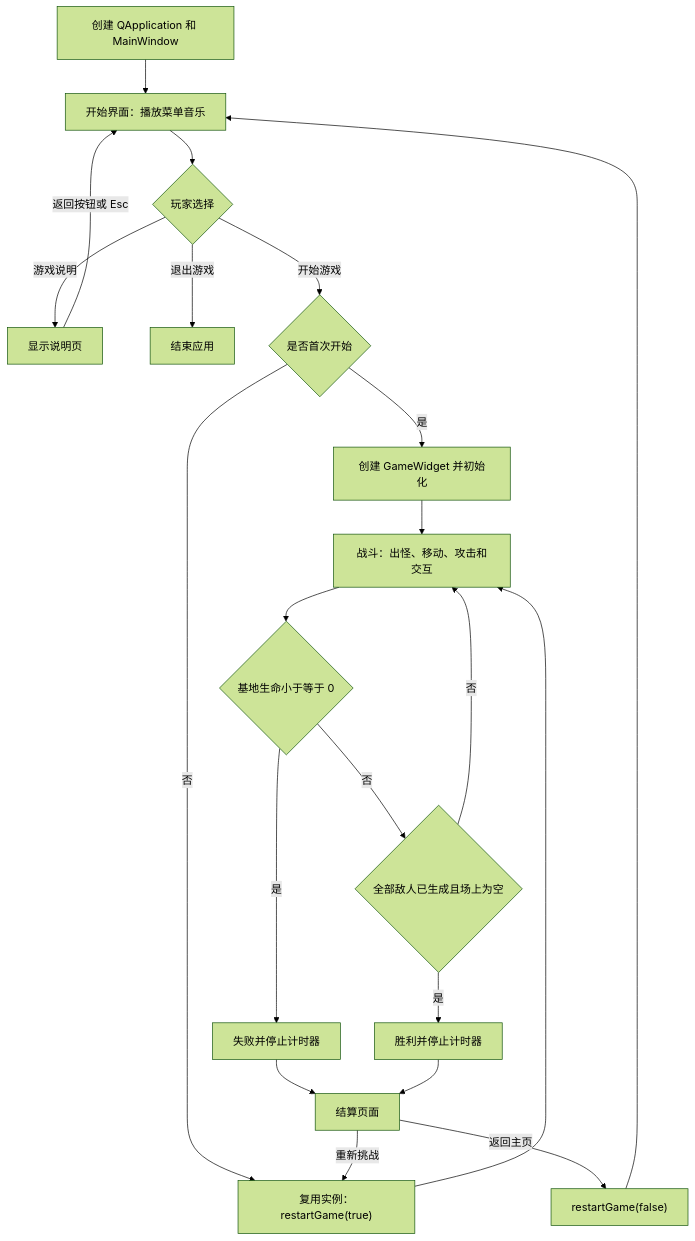
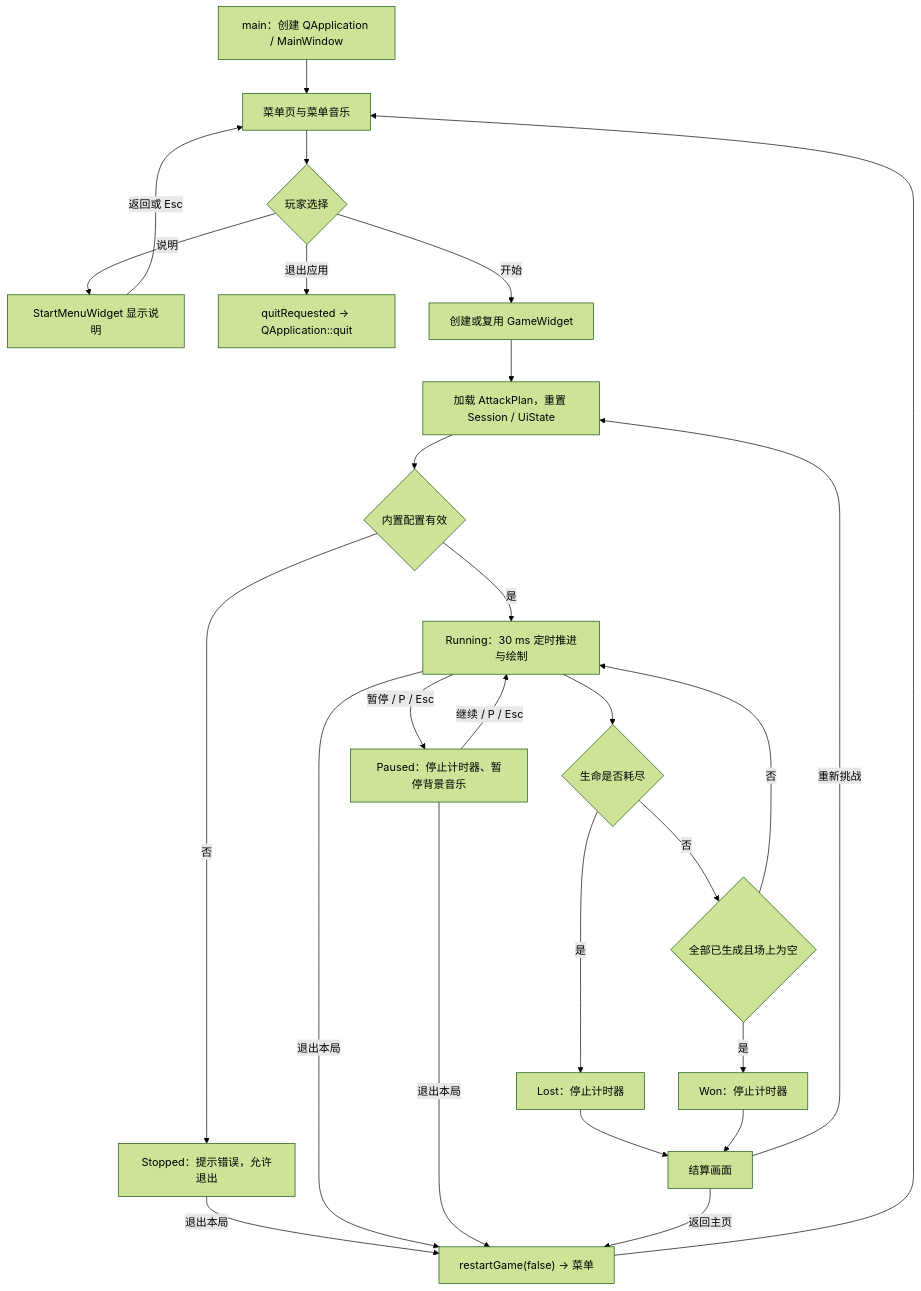
Before and after one commit to ystardustq7614/data_structure_project: the first of 3 diagrams in 项目报告补充_第四五章.md, drawn with Mermaid (forest theme). The commit also changed other lines of this file and 91 other files, not shown here.

````diff
--- a/项目报告补充_第四五章.md
+++ b/项目报告补充_第四五章.md
@@ -21,23 +23,28 @@
 ```mermaid
 flowchart TD
-    A["创建 QApplication 和 MainWindow"] --> M["开始界面：播放菜单音乐"]
+    A["main：创建 QApplication / MainWindow"] --> M["菜单页与菜单音乐"]
     M --> C{"玩家选择"}
-    C -->|游戏说明| H["显示说明页"]
-    H -->|返回按钮或 Esc| M
-    C -->|退出游戏| E["结束应用"]
-    C -->|开始游戏| F{"是否首次开始"}
-    F -->|是| N["创建 GameWidget 并初始化"]
-    F -->|否| R["复用实例：restartGame(true)"]
-    N --> G["战斗：出怪、移动、攻击和交互"]
-    R --> G
-    G --> L{"基地生命小于等于 0"}
-    L -->|是| LO["失败并停止计时器"]
-    L -->|否| W{"全部敌人已生成且场上为空"}
+    C -->|说明| H["StartMenuWidget 显示说明"]
+    H -->|返回或 Esc| M
+    C -->|退出应用| Q["quitRequested → QApplication::quit"]
+    C -->|开始| N["创建或复用 GameWidget"]
+    N --> R["加载 AttackPlan，重置 Session / UiState"]
+    R --> V{"内置配置有效"}
+    V -->|否| E["Stopped：提示错误，允许退出"]
+    E -->|退出本局| B["restartGame(false) → 菜单"]
+    V -->|是| G["Running：30 ms 定时推进与绘制"]
+    G -->|暂停 / P / Esc| P["Paused：停止计时器、暂停背景音乐"]
+    P -->|继续 / P / Esc| G
+    G -->|退出本局| B
+    P -->|退出本局| B
+    B --> M
+    G --> L{"生命是否耗尽"}
+    L -->|是| F["Lost：停止计时器"]
+    L -->|否| W{"全部已生成且场上为空"}
     W -->|否| G
-    W -->|是| WI["胜利并停止计时器"]
-    LO --> P["结算页面"]
-    WI --> P
-    P -->|重新挑战| R
-    P -->|返回主页| B["restartGame(false)"]
-    B --> M
+    W -->|是| S["Won：停止计时器"]
+    F --> O["结算画面"]
+    S --> O
+    O -->|重新挑战| R
+    O -->|返回主页| B
 ```
````
